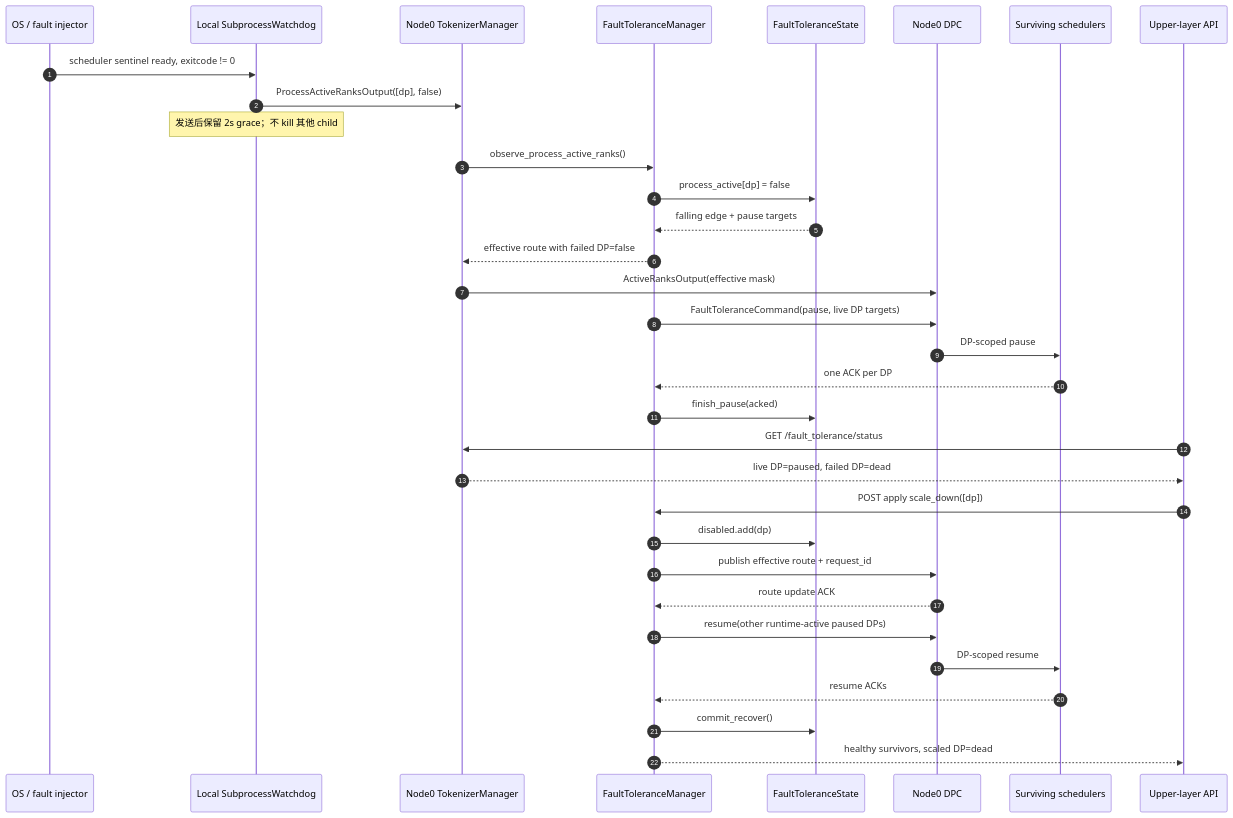
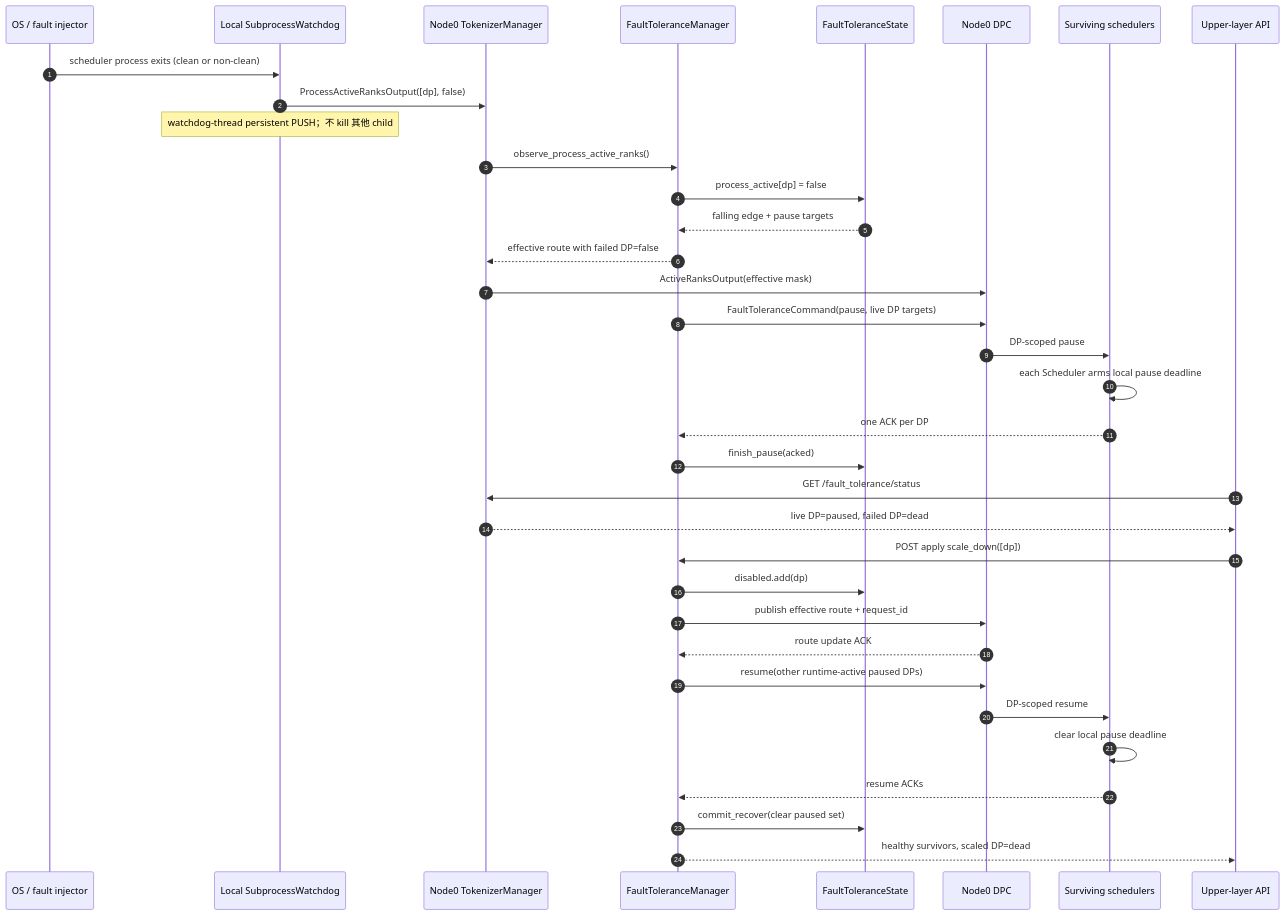
Before and after one commit to gaidandawang-afk/DesignDoc: the third of 7 diagrams in sglang/gpu/README.md, drawn with Mermaid. The commit also changed other lines of this file, not shown here.

````diff
--- a/sglang/gpu/README.md
+++ b/sglang/gpu/README.md
@@ -669,37 +696,39 @@
 ```mermaid
 sequenceDiagram
     autonumber
     participant OS as OS / fault injector
     participant WD as Local SubprocessWatchdog
     participant TM as Node0 TokenizerManager
     participant FM as FaultToleranceManager
     participant ST as FaultToleranceState
     participant DPC as Node0 DPC
     participant SCH as Surviving schedulers
     participant API as Upper-layer API
 
-    OS->>WD: scheduler sentinel ready, exitcode != 0
+    OS->>WD: scheduler process exits (clean or non-clean)
     WD->>TM: ProcessActiveRanksOutput([dp], false)
-    Note over WD: 发送后保留 2s grace；不 kill 其他 child
+    Note over WD: watchdog-thread persistent PUSH；不 kill 其他 child
     TM->>FM: observe_process_active_ranks()
     FM->>ST: process_active[dp] = false
     ST-->>FM: falling edge + pause targets
     FM-->>TM: effective route with failed DP=false
     TM->>DPC: ActiveRanksOutput(effective mask)
     FM->>DPC: FaultToleranceCommand(pause, live DP targets)
     DPC->>SCH: DP-scoped pause
+    SCH->>SCH: each Scheduler arms local pause deadline
     SCH-->>FM: one ACK per DP
     FM->>ST: finish_pause(acked)
     API->>TM: GET /fault_tolerance/status
     TM-->>API: live DP=paused, failed DP=dead
 
     API->>FM: POST apply scale_down([dp])
     FM->>ST: disabled.add(dp)
     FM->>DPC: publish effective route + request_id
     DPC-->>FM: route update ACK
     FM->>DPC: resume(other runtime-active paused DPs)
     DPC->>SCH: DP-scoped resume
+    SCH->>SCH: clear local pause deadline
     SCH-->>FM: resume ACKs
-    FM->>ST: commit_recover()
+    FM->>ST: commit_recover(clear paused set)
     FM-->>API: healthy survivors, scaled DP=dead
 ```
````
